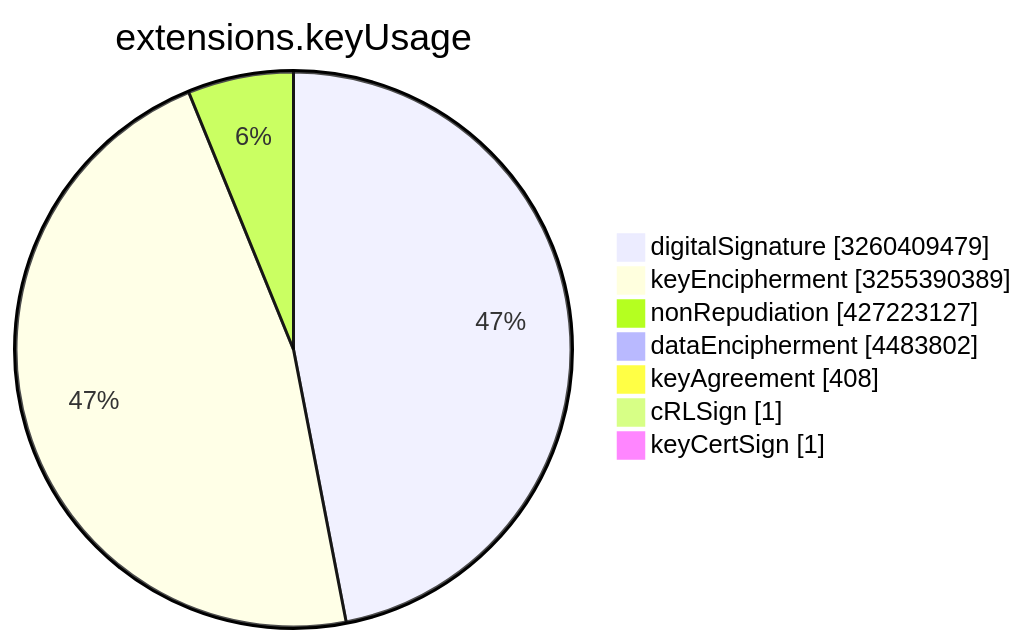
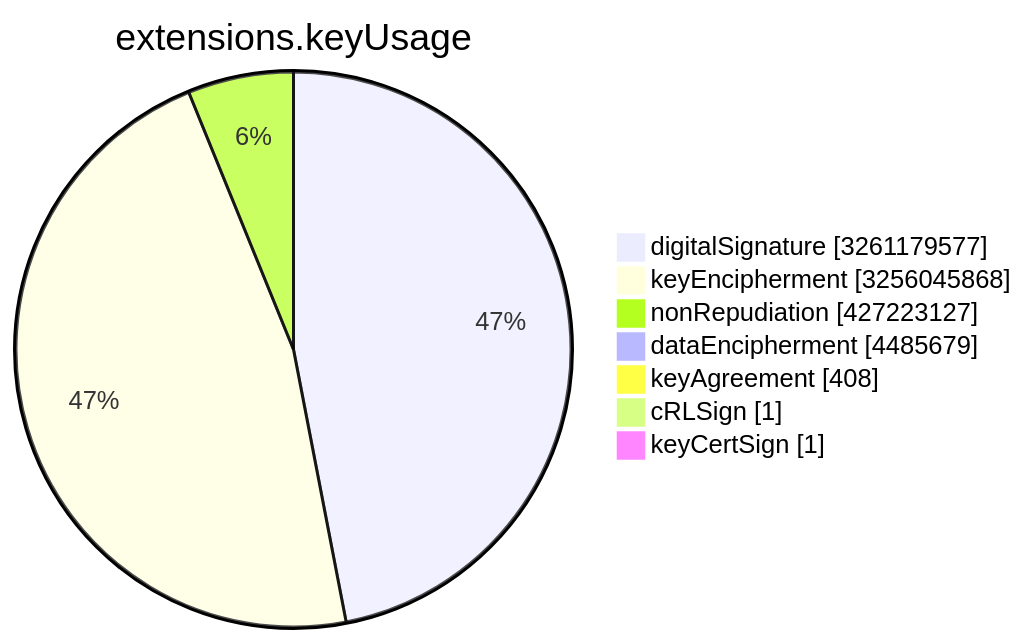
One commit to christiankrug/ctmonitor_visualization changed the sixth of 15 diagrams in TOTAL/README.md. Above: the diagram before and after it, drawn with Mermaid. The commit also changed other lines of this file, not shown here.

````diff
--- a/TOTAL/README.md
+++ b/TOTAL/README.md
@@ -3078,11 +3078,11 @@
 ```mermaid
 pie showData
 title extensions.keyUsage
-"digitalSignature" :3260409479
-"keyEncipherment" :3255390389
+"digitalSignature" :3261179577
+"keyEncipherment" :3256045868
 "nonRepudiation" :427223127
-"dataEncipherment" :4483802
+"dataEncipherment" :4485679
 "keyAgreement" :408
 "cRLSign" :1
 "keyCertSign" :1
 ```
````
